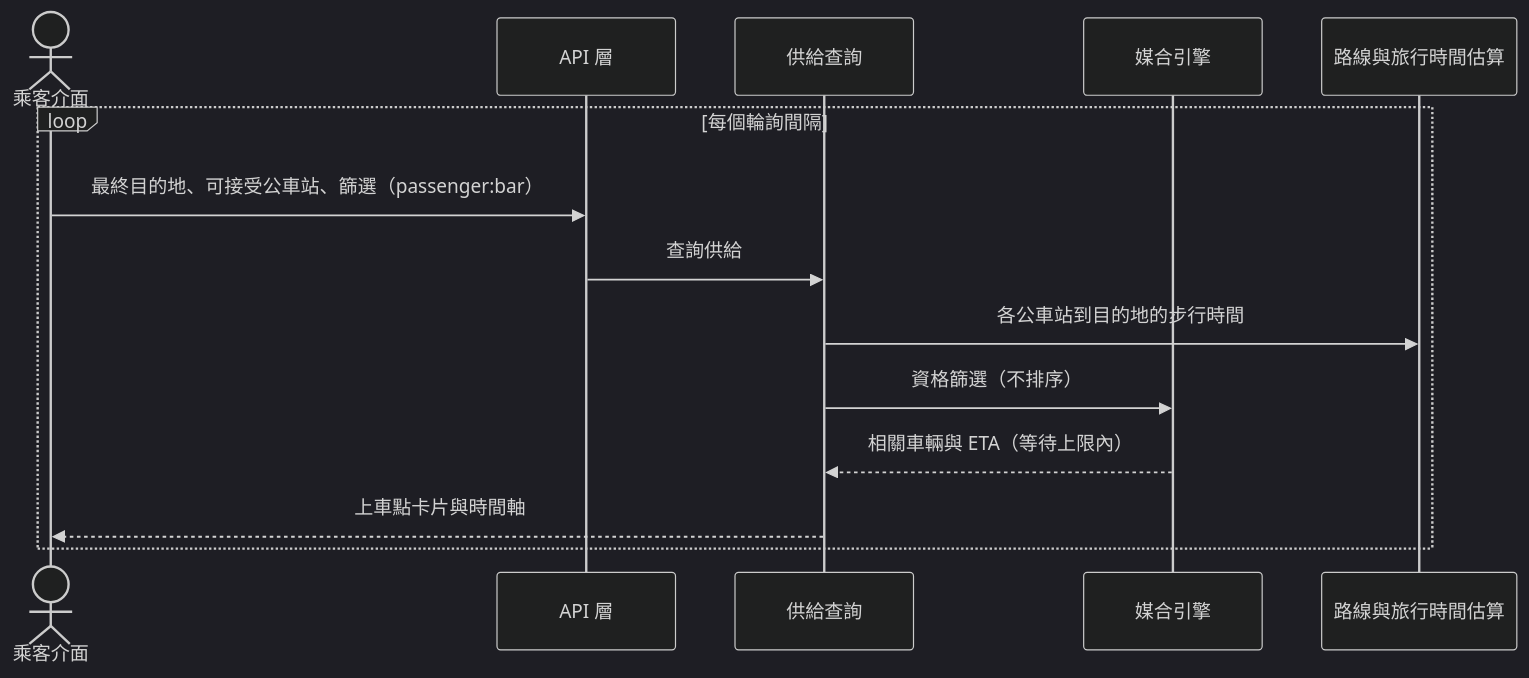
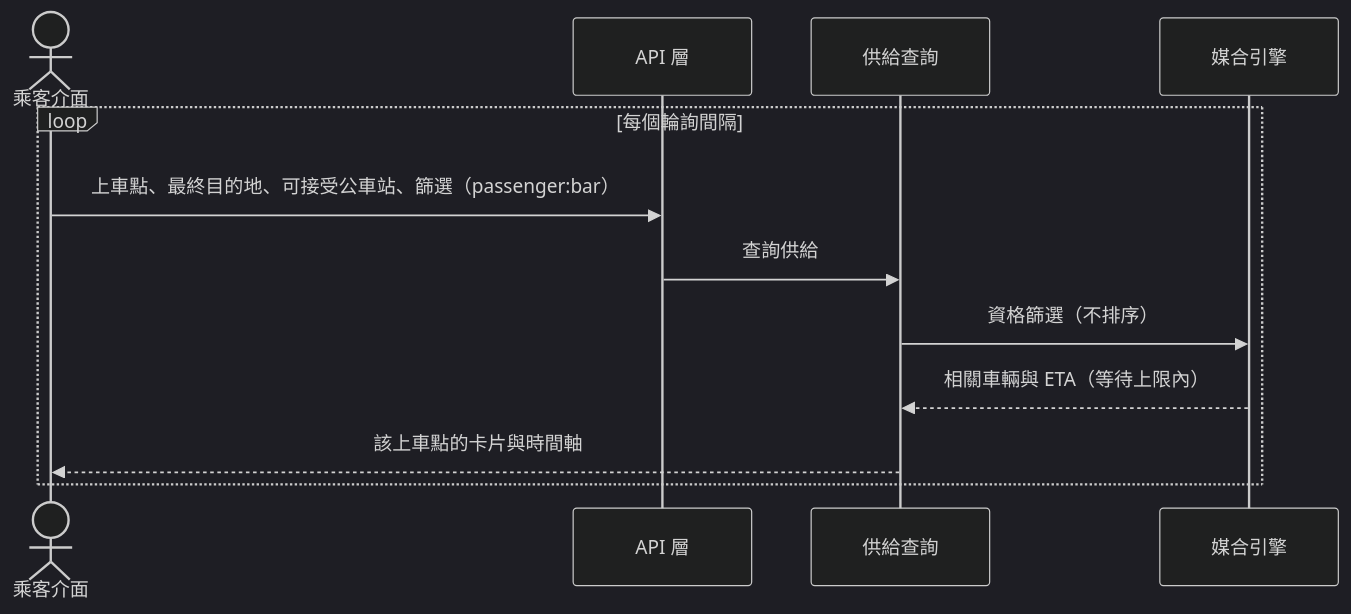
Diagram 12 of 13 in docs/design.md (sohoffice/debugthon-carpool), drawn with Mermaid (dark theme) before and after one commit. The commit also changed other lines of this file and 1 other file, not shown here.

Commit message:
Show supply for the selected pickup point only (REQ-029)

````diff
--- a/docs/design.md
+++ b/docs/design.md
@@ -1049,17 +1049,15 @@
 ```mermaid
 sequenceDiagram
     actor P as 乘客介面
     participant API as API 層
     participant SUP as 供給查詢
     participant MAT as 媒合引擎
-    participant TT as 路線與旅行時間估算
 
     loop 每個輪詢間隔
-        P->>API: 最終目的地、可接受公車站、篩選（passenger:bar）
+        P->>API: 上車點、最終目的地、可接受公車站、篩選（passenger:bar）
         API->>SUP: 查詢供給
-        SUP->>TT: 各公車站到目的地的步行時間
         SUP->>MAT: 資格篩選（不排序）
         MAT-->>SUP: 相關車輛與 ETA（等待上限內）
-        SUP-->>P: 上車點卡片與時間軸
+        SUP-->>P: 該上車點的卡片與時間軸
     end
 ```
````
